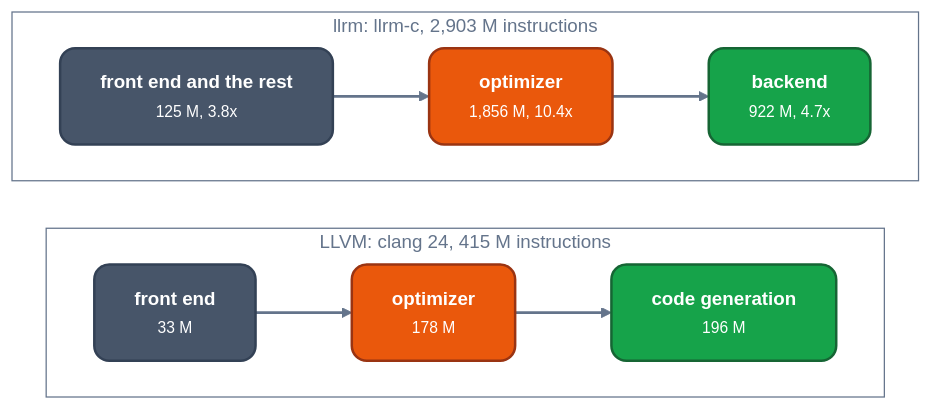
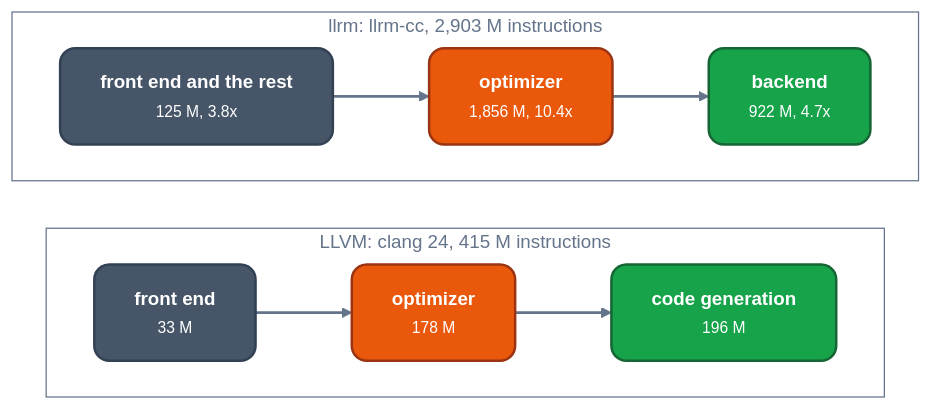
One commit to ali-mosavian/llrm changed the diagram in docs/comparison/llvm/readme.md. Above: the diagram before and after it, drawn with Mermaid. The commit also changed other lines of this file and 411 other files, not shown here.

````diff
--- a/docs/comparison/llvm/readme.md
+++ b/docs/comparison/llvm/readme.md
@@ -34,24 +34,24 @@
 ```mermaid
 %%{init: {'theme':'base','themeVariables':{'fontFamily':'Segoe UI, Helvetica Neue, Arial, DejaVu Sans, sans-serif','fontSize':'15px','primaryColor':'#475569','primaryTextColor':'#ffffff','primaryBorderColor':'#334155','lineColor':'#64748b','secondaryColor':'#475569','tertiaryColor':'transparent','clusterBkg':'transparent','clusterBorder':'#64748b','edgeLabelBackground':'#334155','textColor':'#64748b','titleColor':'#64748b'},'flowchart':{'curve':'basis','nodeSpacing':38,'rankSpacing':52,'padding':16,'wrappingWidth':360,'htmlLabels':true,'useMaxWidth':true}}}%%
 flowchart LR
   classDef mid fill:#475569,stroke:#334155,stroke-width:2px,color:#ffffff,rx:12px,ry:12px
   classDef opt fill:#ea580c,stroke:#9a3412,stroke-width:2px,color:#ffffff,rx:12px,ry:12px
   classDef out fill:#16a34a,stroke:#166534,stroke-width:2px,color:#ffffff,rx:12px,ry:12px
   linkStyle default stroke:#64748b,stroke-width:2.2px
   subgraph L["LLVM: clang 24, 415 M instructions"]
     direction LR
     l1["<b>front end</b><br/><small>33 M</small>"]:::mid
     l2["<b>optimizer</b><br/><small>178 M</small>"]:::opt
     l3["<b>code generation</b><br/><small>196 M</small>"]:::out
     l1 --> l2 --> l3
   end
-  subgraph R["llrm: llrm-c, 2,903 M instructions"]
+  subgraph R["llrm: llrm-cc, 2,903 M instructions"]
     direction LR
     r1["<b>front end and the rest</b><br/><small>125 M, 3.8x</small>"]:::mid
     r2["<b>optimizer</b><br/><small>1,856 M, 10.4x</small>"]:::opt
     r3["<b>backend</b><br/><small>922 M, 4.7x</small>"]:::out
     r1 --> r2 --> r3
   end
   style L fill:transparent,stroke:#64748b
   style R fill:transparent,stroke:#64748b
 ```
````
